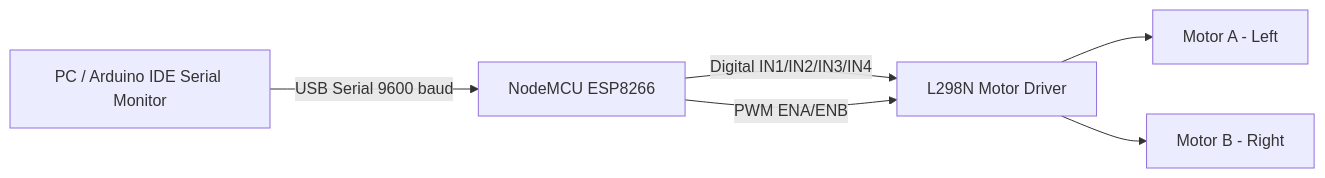
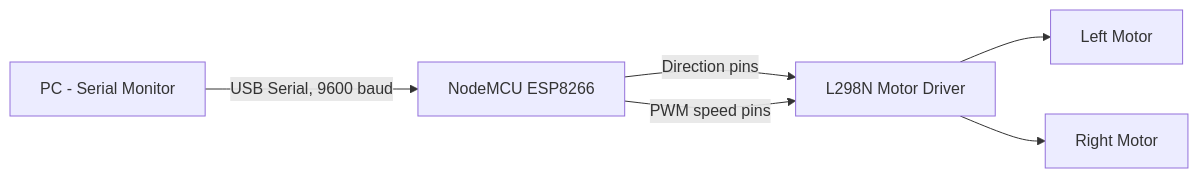
One commit to parthbapat007-Parth/ESP8266_Serial_Controlled_Robot_Car changed the first of 2 diagrams in README.md. Above: the diagram before and after it, drawn with Mermaid. The commit also changed other lines of this file, not shown here.

````diff
--- a/README.md
+++ b/README.md
@@ -42,8 +45,8 @@
 ```mermaid
 graph LR
-    A[PC / Arduino IDE Serial Monitor] -- USB Serial 9600 baud --> B[NodeMCU ESP8266]
-    B -- Digital IN1/IN2/IN3/IN4 --> C[L298N Motor Driver]
-    B -- PWM ENA/ENB --> C
-    C --> D[Motor A - Left]
-    C --> E[Motor B - Right]
+    A[PC - Serial Monitor] -- USB Serial, 9600 baud --> B[NodeMCU ESP8266]
+    B -- Direction pins --> C[L298N Motor Driver]
+    B -- PWM speed pins --> C
+    C --> D[Left Motor]
+    C --> E[Right Motor]
 ```
````
